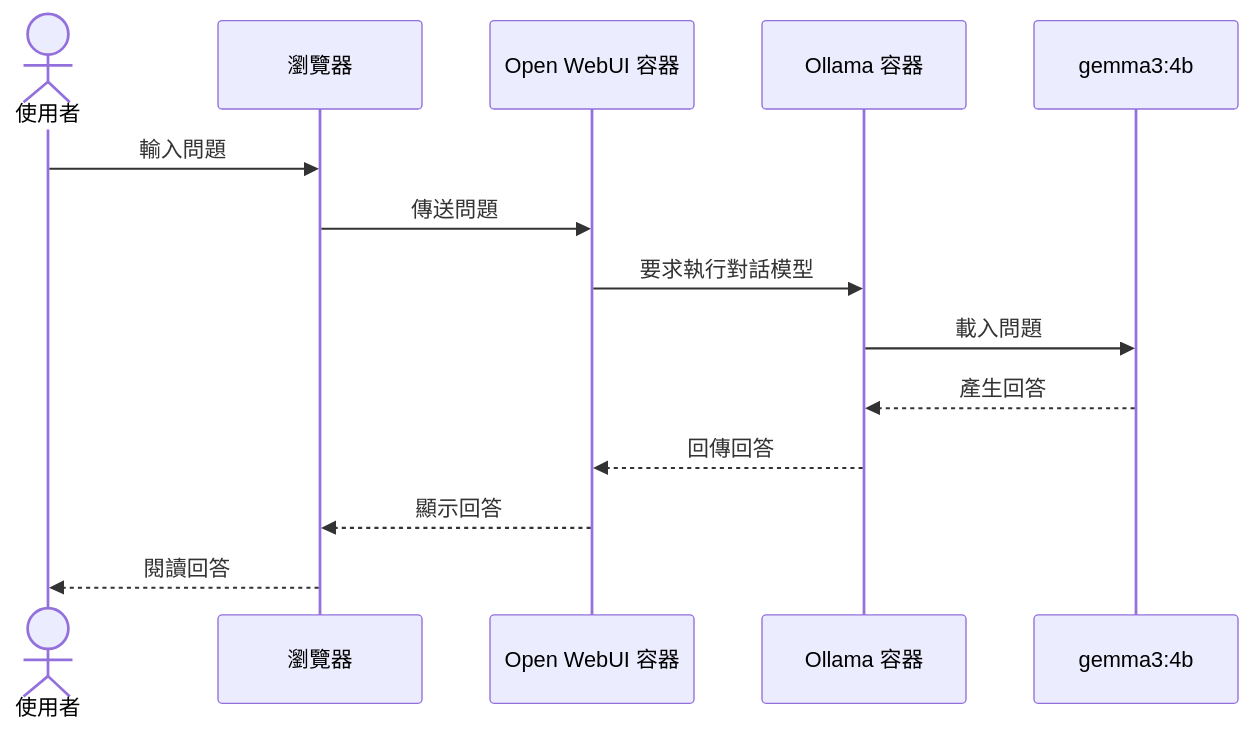
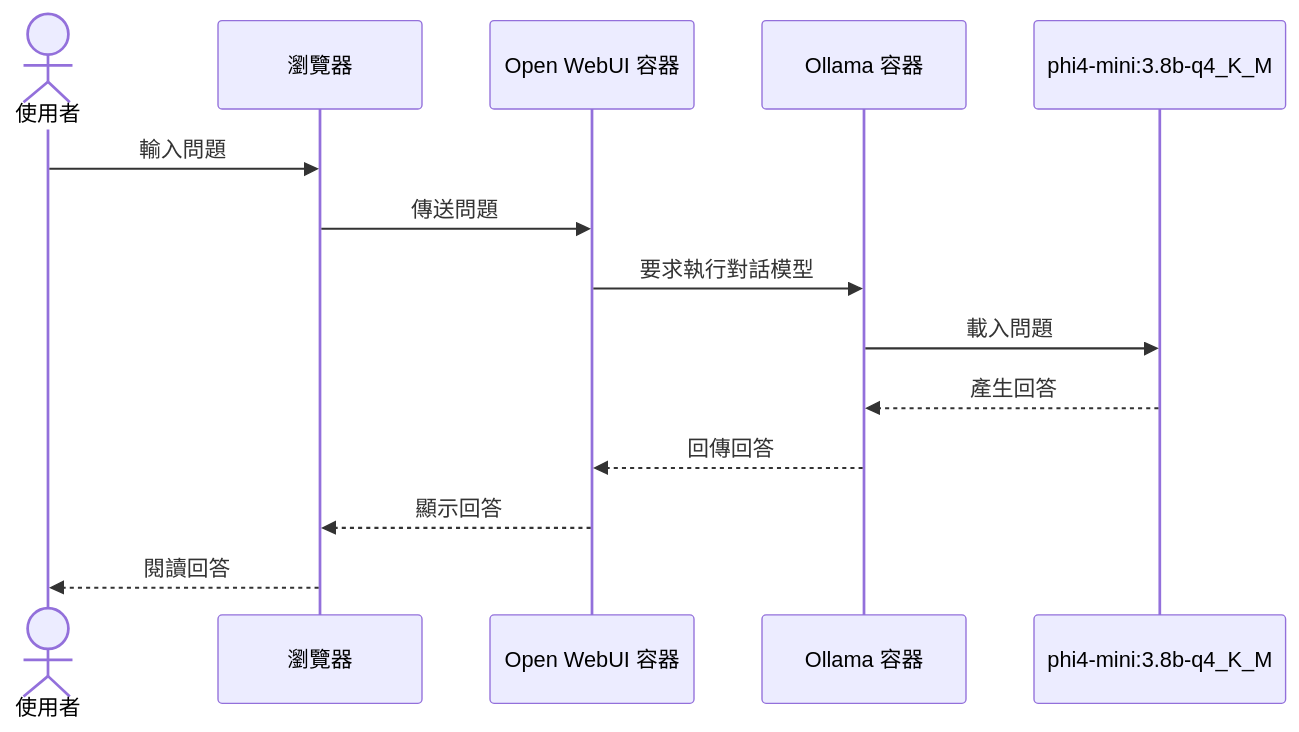
The first of 6 diagrams in 05-建立個人知識庫/補充教材-本次實作架構演進.md (lee0401g/project-delivery_3LM), drawn with Mermaid before and after one commit. The commit also changed other lines of this file and 10 other files, not shown here.

Commit message:
變更課程指定模型為 Phi-4 Mini 3.8B Q4_K_M

````diff
--- a/05-建立個人知識庫/補充教材-本次實作架構演進.md
+++ b/05-建立個人知識庫/補充教材-本次實作架構演進.md
@@ -9,16 +9,16 @@
 ```mermaid
 sequenceDiagram
     actor U as 使用者
     participant B as 瀏覽器
     participant W as Open WebUI 容器
     participant O as Ollama 容器
-    participant C as gemma3:4b
+    participant C as phi4-mini:3.8b-q4_K_M
     U->>B: 輸入問題
     B->>W: 傳送問題
     W->>O: 要求執行對話模型
     O->>C: 載入問題
     C-->>O: 產生回答
     O-->>W: 回傳回答
     W-->>B: 顯示回答
     B-->>U: 閱讀回答
 ```
````
